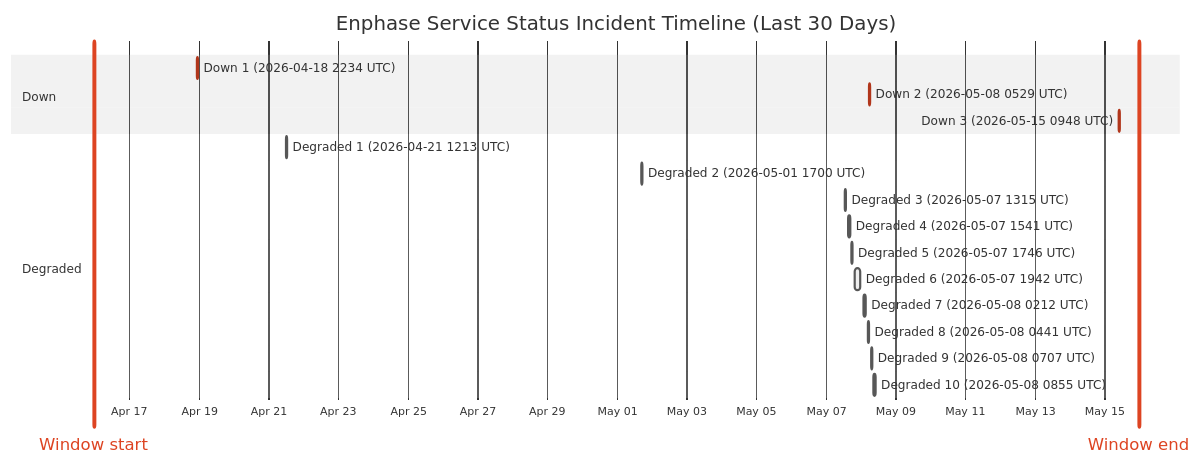
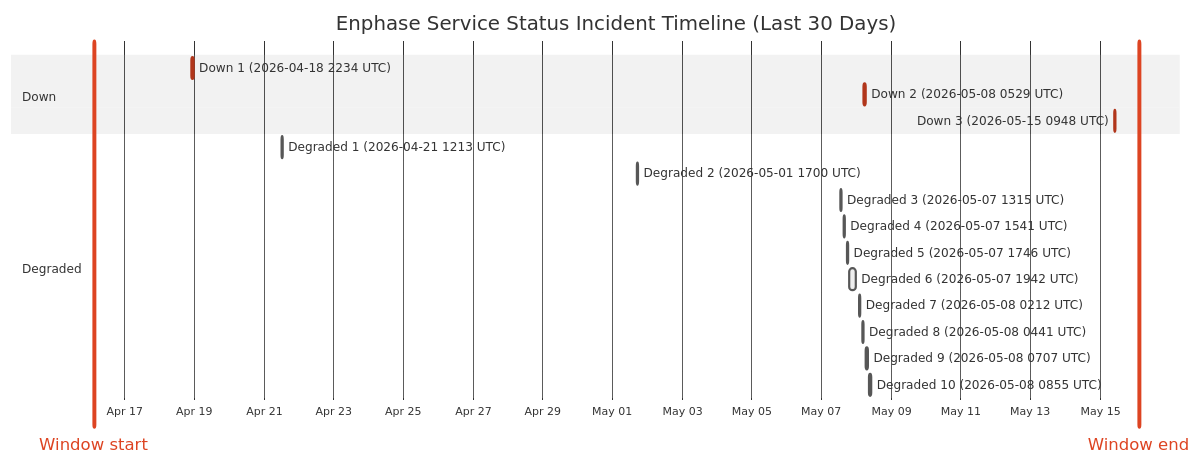
Before and after one commit to barneyonline/ha-enphase-ev-charger: the diagram in wiki/Service-Status-History.md, drawn with Mermaid (neutral theme). The commit also changed other lines of this file and 3 other files, not shown here.

````diff
--- a/wiki/Service-Status-History.md
+++ b/wiki/Service-Status-History.md
@@ -14,23 +14,23 @@
 ```mermaid
 gantt
     title Enphase Service Status Incident Timeline (Last 30 Days)
     dateFormat  YYYY-MM-DDTHH:mm:ss
     axisFormat  %b %d
-    Window start :vert, window-start, 2026-04-15T23:30:28, 0ms
-    Window end :vert, window-end, 2026-05-15T23:30:28, 0ms
+    Window start :vert, window-start, 2026-04-16T02:48:41, 0ms
+    Window end :vert, window-end, 2026-05-16T02:48:41, 0ms
     section Down
     Down 1 (2026-04-18 2234 UTC) :crit, down-1, 2026-04-18T22:34:13, 60m
     Down 2 (2026-05-08 0529 UTC) :crit, down-2, 2026-05-08T05:29:47, 60m
     Down 3 (2026-05-15 0948 UTC) :crit, down-3, 2026-05-15T09:48:18, 60m
     section Degraded
     Degraded 1 (2026-04-21 1213 UTC) :active, degraded-1, 2026-04-21T12:13:11, 60m
     Degraded 2 (2026-05-01 1700 UTC) :active, degraded-2, 2026-05-01T17:00:22, 60m
     Degraded 3 (2026-05-07 1315 UTC) :active, degraded-3, 2026-05-07T13:15:25, 60m
     Degraded 4 (2026-05-07 1541 UTC) :active, degraded-4, 2026-05-07T15:41:58, 60m
     Degraded 5 (2026-05-07 1746 UTC) :active, degraded-5, 2026-05-07T17:46:51, 60m
     Degraded 6 (2026-05-07 1942 UTC) :active, degraded-6, 2026-05-07T19:42:10, 249m
     Degraded 7 (2026-05-08 0212 UTC) :active, degraded-7, 2026-05-08T02:12:39, 60m
     Degraded 8 (2026-05-08 0441 UTC) :active, degraded-8, 2026-05-08T04:41:46, 60m
     Degraded 9 (2026-05-08 0707 UTC) :active, degraded-9, 2026-05-08T07:07:30, 60m
     Degraded 10 (2026-05-08 0855 UTC) :active, degraded-10, 2026-05-08T08:55:20, 88m
 ```
````
